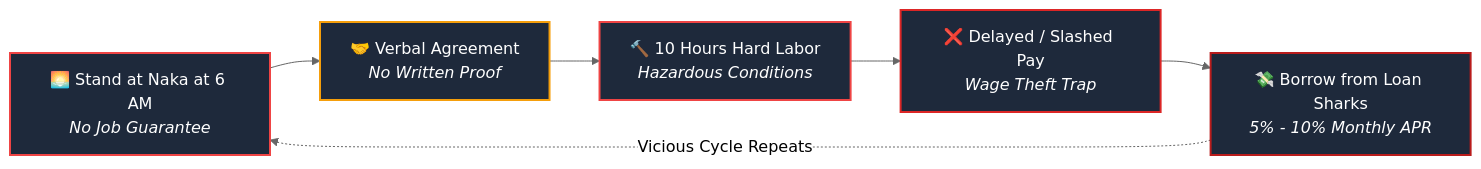
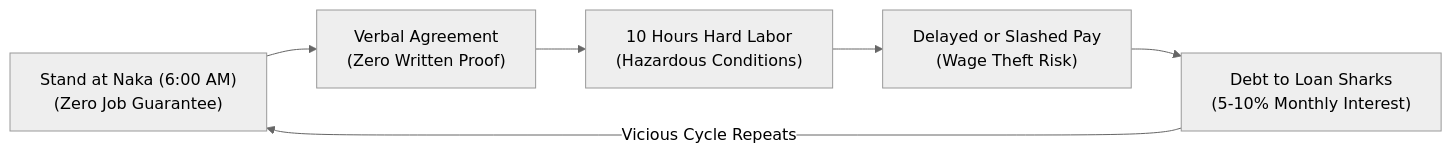
The first of 4 diagrams in README.md (kasimshah19/WorkPulse), drawn with Mermaid (neutral theme) before and after one commit. The commit also changed other lines of this file, not shown here.

Commit message:
docs: fix Mermaid syntax strictly for GitHub markdown rich display rendering

````diff
--- a/README.md
+++ b/README.md
@@ -74,14 +74,8 @@
 ```mermaid
 flowchart LR
-    A["🌅 Stand at Naka at 6 AM<br/><i>No Job Guarantee</i>"] --> B["🤝 Verbal Agreement<br/><i>No Written Proof</i>"]
-    B --> C["🔨 10 Hours Hard Labor<br/><i>Hazardous Conditions</i>"]
-    C --> D["❌ Delayed / Slashed Pay<br/><i>Wage Theft Trap</i>"]
-    D --> E["💸 Borrow from Loan Sharks<br/><i>5% - 10% Monthly APR</i>"]
-    E -.->|Vicious Cycle Repeats| A
-
-    style A fill:#1e293b,stroke:#ef4444,stroke-width:2px,color:#fff
-    style B fill:#1e293b,stroke:#f59e0b,stroke-width:2px,color:#fff
-    style C fill:#1e293b,stroke:#ef4444,stroke-width:2px,color:#fff
-    style D fill:#1e293b,stroke:#dc2626,stroke-width:2px,color:#fff
-    style E fill:#1e293b,stroke:#b91c1c,stroke-width:2px,color:#fff
+    A["Stand at Naka (6:00 AM)<br>(Zero Job Guarantee)"] --> B["Verbal Agreement<br>(Zero Written Proof)"]
+    B --> C["10 Hours Hard Labor<br>(Hazardous Conditions)"]
+    C --> D["Delayed or Slashed Pay<br>(Wage Theft Risk)"]
+    D --> E["Debt to Loan Sharks<br>(5-10% Monthly Interest)"]
+    E -->|Vicious Cycle Repeats| A
 ```
````
